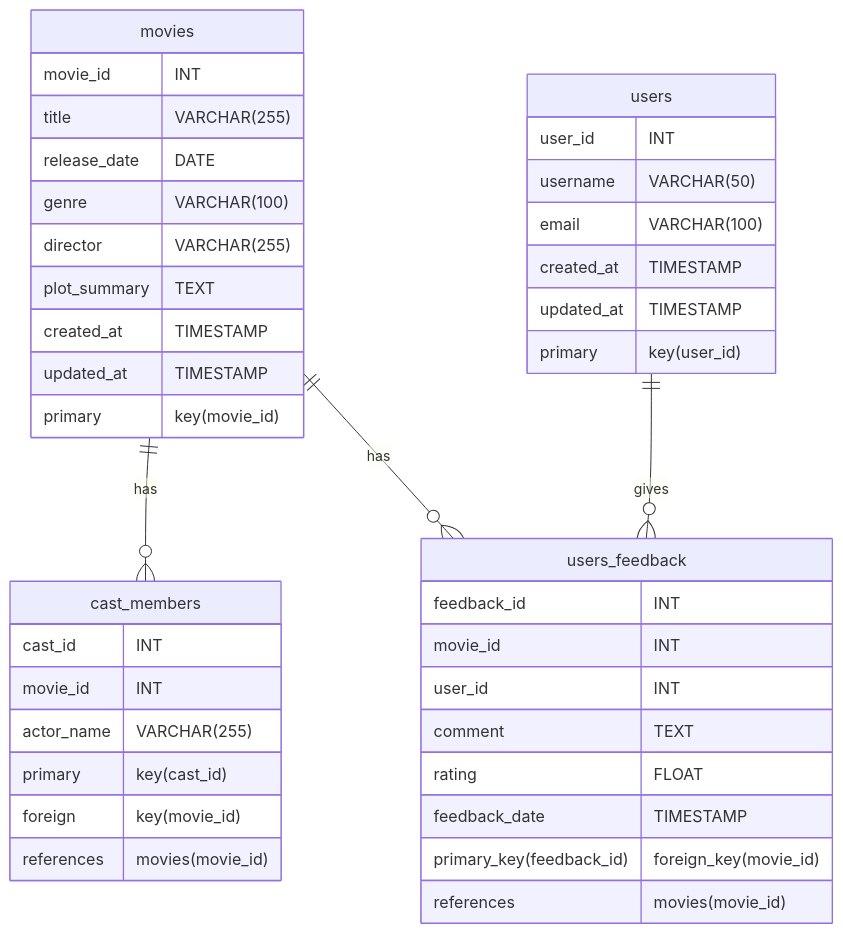
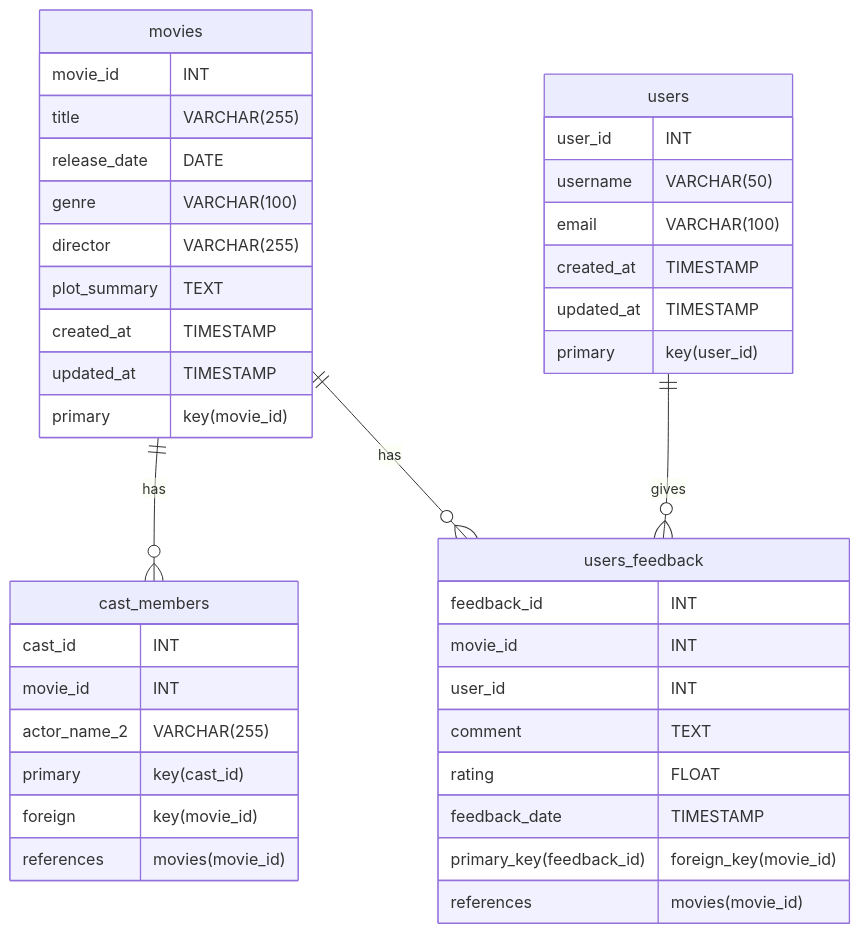
The diagram in Readme.md (connectaman/iim-mysql-training), drawn with Mermaid before and after one commit.

````diff
--- a/Readme.md
+++ b/Readme.md
@@ -4,46 +4,46 @@
 ```mermaid
 erDiagram
     movies {
         movie_id INT
         title VARCHAR(255)
         release_date DATE
         genre VARCHAR(100)
         director VARCHAR(255)
         plot_summary TEXT
         created_at TIMESTAMP
         updated_at TIMESTAMP
         primary key(movie_id)
     }
     
     cast_members {
         cast_id INT
         movie_id INT
-        actor_name VARCHAR(255)
+        actor_name_2 VARCHAR(255)
         primary key(cast_id)
         foreign key(movie_id) references movies(movie_id)
     }
     
     users_feedback {
         feedback_id INT
         movie_id INT
         user_id INT
         comment TEXT
         rating FLOAT
         feedback_date TIMESTAMP
         primary_key(feedback_id)
         foreign_key(movie_id) references movies(movie_id)
     }
     
     users {
         user_id INT
         username VARCHAR(50)
         email VARCHAR(100)
         created_at TIMESTAMP
         updated_at TIMESTAMP
         primary key(user_id)
     }
 
     movies ||--o{ cast_members : "has"
     movies ||--o{ users_feedback : "has"
     users ||--o{ users_feedback : "gives"
 ```
````
